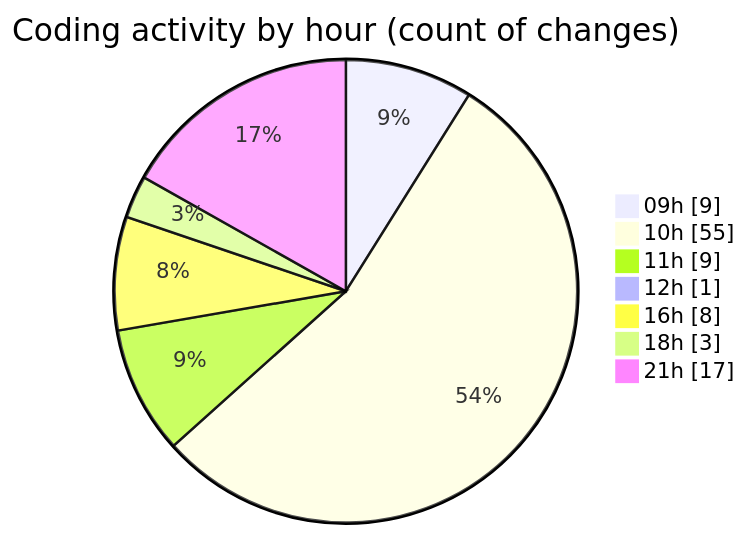
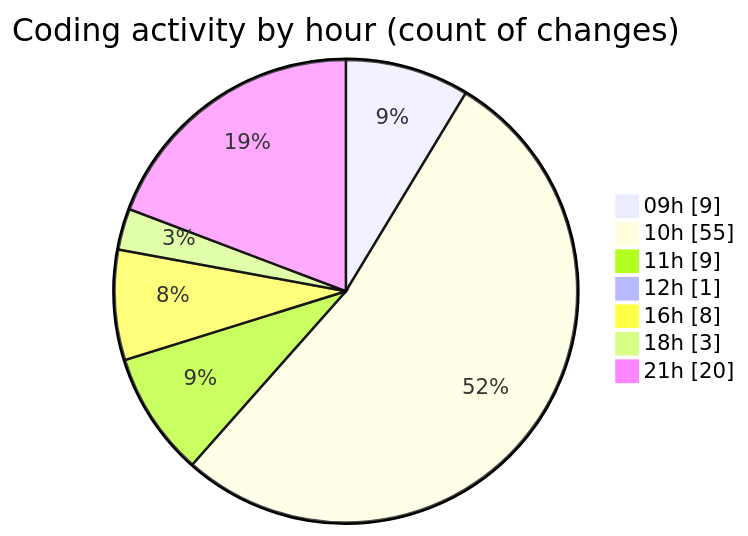
The second of 2 diagrams in 2025-03-04/termonied_testador/README.md (robertbonfada/code-tracking), drawn with Mermaid before and after one commit. The commit also changed other lines of this file and 1 other file, not shown here.

````diff
--- a/2025-03-04/termonied_testador/README.md
+++ b/2025-03-04/termonied_testador/README.md
@@ -46,11 +47,11 @@
 ```mermaid
 pie showData
 title Coding activity by hour (count of changes)
 "09h" : 9
 "10h" : 55
 "11h" : 9
 "12h" : 1
 "16h" : 8
 "18h" : 3
-"21h" : 17
+"21h" : 20
 ```
````
